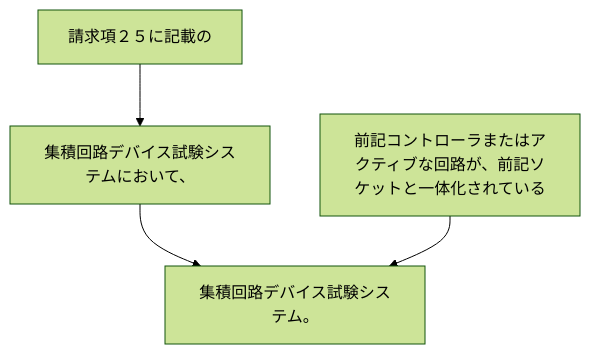
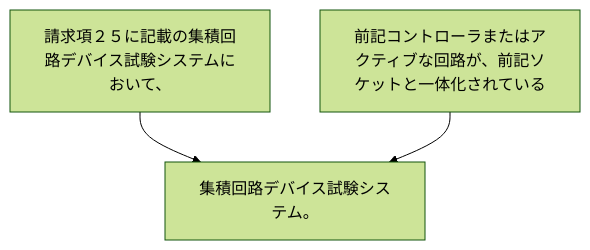
Before and after one commit to shinmori55/patent_analyzed: the diagram in 2024/JP2024023283A/claim_26/README.md, drawn with Mermaid (forest theme). The commit also changed 336 other files, not shown here.

````diff
--- a/2024/JP2024023283A/claim_26/README.md
+++ b/2024/JP2024023283A/claim_26/README.md
@@ -3,10 +3,8 @@
 ```mermaid
 flowchart TD
-A[請求項２５に記載の]
-B[集積回路デバイス試験システムにおいて、]
-C[前記コントローラまたはアクティブな回路が、前記ソケットと一体化されている]
-D[集積回路デバイス試験システム。]
-A --> B
-B --> D
-C --> D
+A[請求項２５に記載の集積回路デバイス試験システムにおいて、]
+B[前記コントローラまたはアクティブな回路が、前記ソケットと一体化されている]
+C[集積回路デバイス試験システム。]
+A --> C
+B --> C
 ```
````
